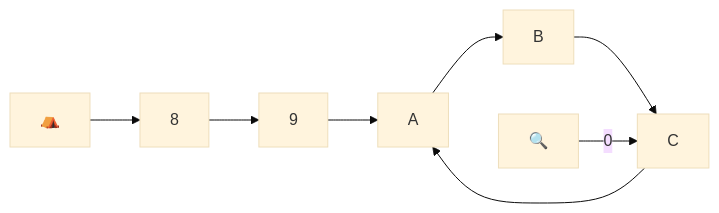
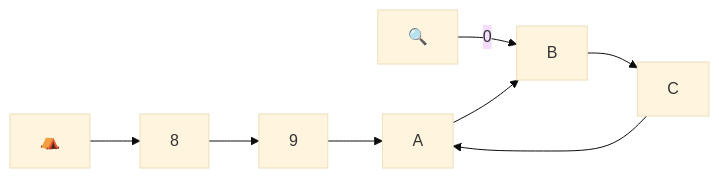
Diagram 12 of 13 in _posts/2026-02-15-nuralagus-rex.md (raganwald/raganwald.github.com), drawn with Mermaid (base theme) before and after one commit. The commit also changed other lines of this file, not shown here.

```diff
--- a/_posts/2026-02-15-nuralagus-rex.md
+++ b/_posts/2026-02-15-nuralagus-rex.md
@@ -255,15 +255,15 @@
 <div class="mermaid">
   graph LR
     
     base["⛺️"]
     search["🔍"]
     e["8"]
     f["9"]
     g["A"]
     h["B"]
     i["C"]
 
     e-->f-->g-->h-->i-->g
     base-->e
-    search--0-->i
+    search--0-->h
 </div>
```
